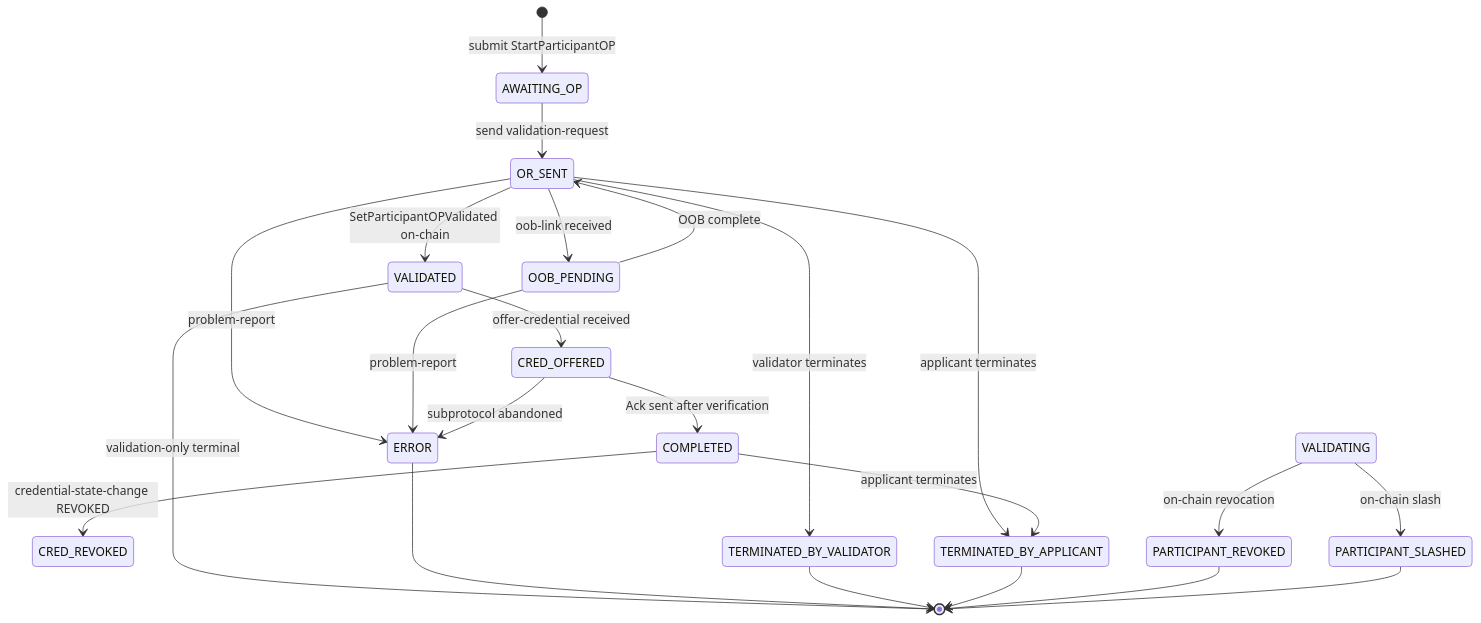
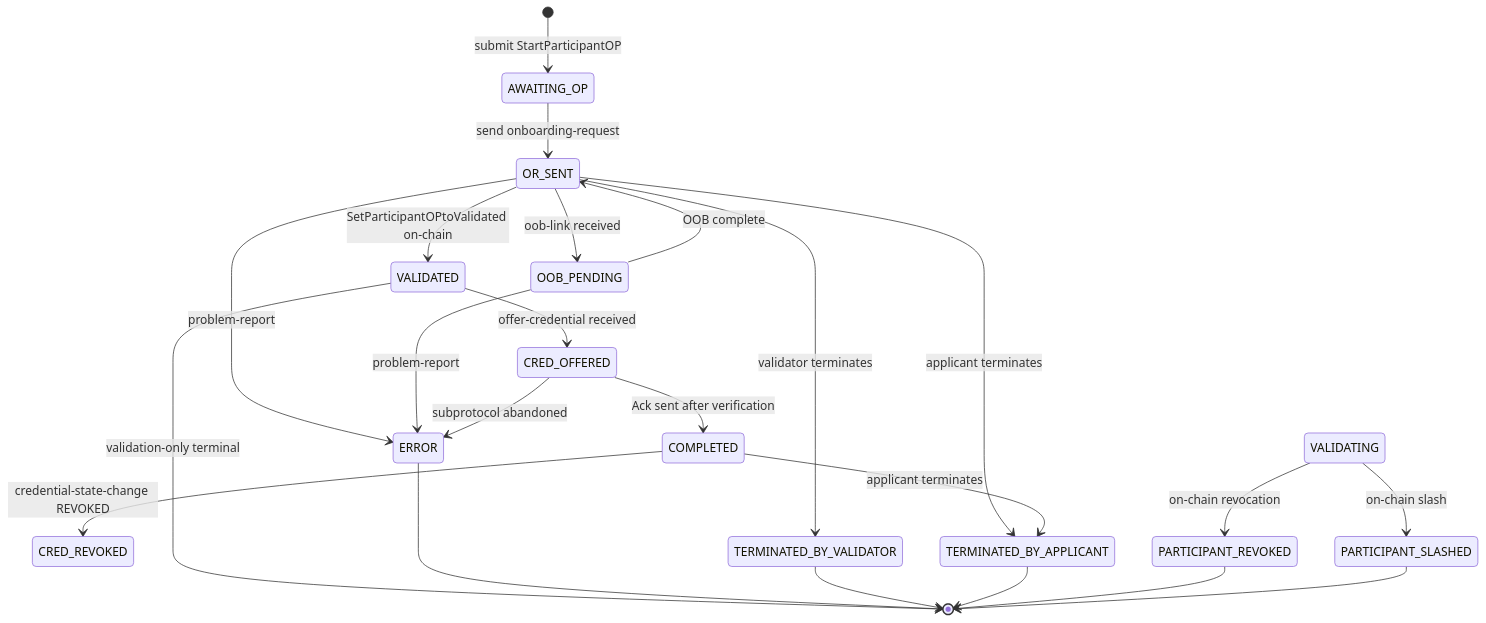
One commit to verana-labs/verana-spec changed the first of 4 diagrams in v4/vt-flow-protocol/spec.md. Above: the diagram before and after it, drawn with Mermaid. The commit also changed other lines of this file and 2 other files, not shown here.

Commit message:
fix: duplicated steps + naming of messages and validation -> onboarding

````diff
--- a/v4/vt-flow-protocol/spec.md
+++ b/v4/vt-flow-protocol/spec.md
@@ -444,28 +444,28 @@
 ```mermaid
 stateDiagram-v2
     direction TB
     [*] --> AWAITING_OP: submit StartParticipantOP
-    AWAITING_OP --> OR_SENT: send validation-request
+    AWAITING_OP --> OR_SENT: send onboarding-request
     OR_SENT --> OOB_PENDING: oob-link received
     OOB_PENDING --> OR_SENT: OOB complete
-    OR_SENT --> VALIDATED: SetParticipantOPValidated on-chain
+    OR_SENT --> VALIDATED: SetParticipantOPtoValidated on-chain
     VALIDATED --> CRED_OFFERED: offer-credential received
     CRED_OFFERED --> COMPLETED: Ack sent after verification
 
     VALIDATED --> [*]: validation-only terminal
     COMPLETED --> CRED_REVOKED: credential-state-change REVOKED
 
     OR_SENT --> ERROR: problem-report
     OOB_PENDING --> ERROR: problem-report
     CRED_OFFERED --> ERROR: subprotocol abandoned
     OR_SENT --> TERMINATED_BY_VALIDATOR: validator terminates
     VALIDATING --> PARTICIPANT_REVOKED: on-chain revocation
     VALIDATING --> PARTICIPANT_SLASHED: on-chain slash
     OR_SENT --> TERMINATED_BY_APPLICANT: applicant terminates
     COMPLETED --> TERMINATED_BY_APPLICANT: applicant terminates
     ERROR --> [*]
     TERMINATED_BY_VALIDATOR --> [*]
     TERMINATED_BY_APPLICANT --> [*]
     PARTICIPANT_REVOKED --> [*]
     PARTICIPANT_SLASHED --> [*]
 ```
````
